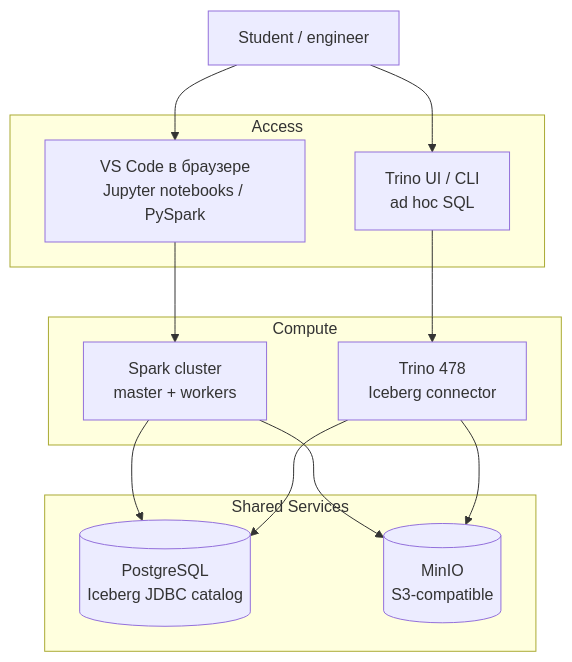
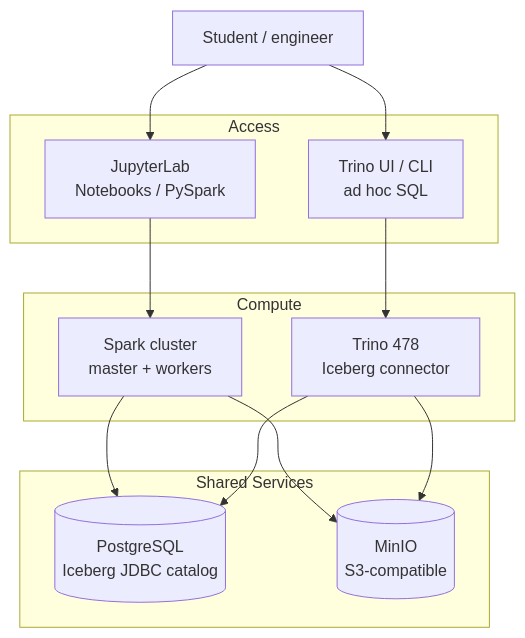
One commit to dementev-dev/mini-lakehouse-lab changed the diagram in README.md. Above: the diagram before and after it, drawn with Mermaid. The commit also changed other lines of this file and 7 other files, not shown here.

Commit message:
docs(course): make JupyterLab the primary notebook interface

````diff
--- a/README.md
+++ b/README.md
@@ -23,28 +23,28 @@
 ```mermaid
 graph TB
     U[Student / engineer]
 
     subgraph Access
-        J[VS Code в браузере<br/>Jupyter notebooks / PySpark]
+        J[JupyterLab<br/>Notebooks / PySpark]
         Q[Trino UI / CLI<br/>ad hoc SQL]
     end
 
     subgraph Compute
         S[Spark cluster<br/>master + workers]
         T[Trino 478<br/>Iceberg connector]
     end
 
     subgraph Shared Services
         P[(PostgreSQL<br/>Iceberg JDBC catalog)]
         M[(MinIO<br/>S3-compatible)]
     end
 
     U --> J
     U --> Q
     J --> S
     Q --> T
     S --> P
     S --> M
     T --> P
     T --> M
 ```
````
